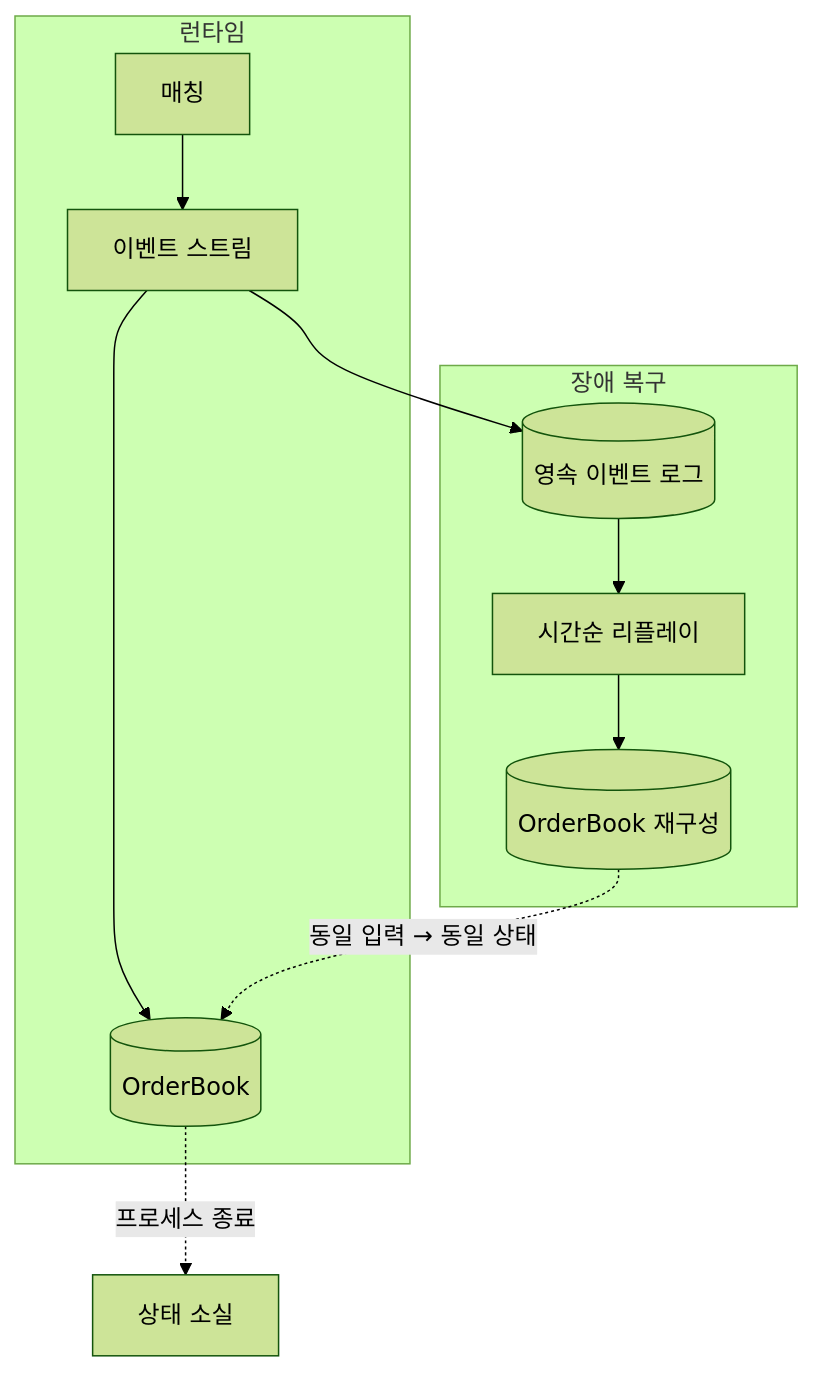
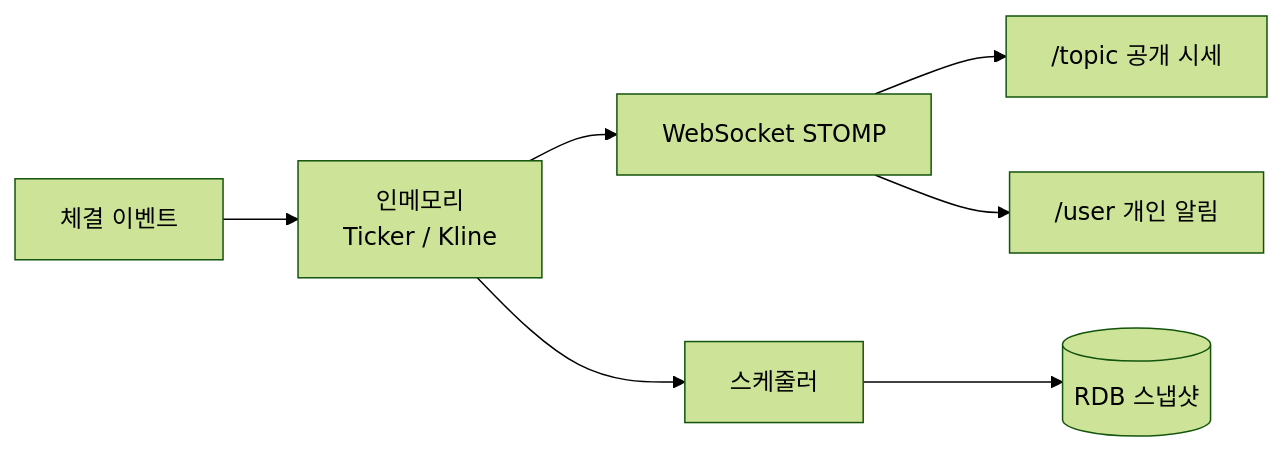
One commit to YBSeok/SnapTrade changed the third of 3 diagrams in README.md. Above: the diagram before and after it, drawn with Mermaid (forest theme). The commit also changed other lines of this file, not shown here.

````diff
--- a/README.md
+++ b/README.md
@@ -109,16 +113,10 @@
 ```mermaid
-flowchart TB
-    subgraph Runtime["런타임"]
-        Match[매칭] --> Events[이벤트 스트림]
-        Events --> Book[(OrderBook)]
-    end
+flowchart LR
+    Trade[체결 이벤트] --> Buf[인메모리<br/>Ticker / Kline]
+    Buf --> WS[WebSocket STOMP]
+    Buf --> Sched[스케줄러]
+    Sched --> DB[(RDB 스냅샷)]
 
-    subgraph Recovery["장애 복구"]
-        Log[(영속 이벤트 로그)] --> Replay[시간순 리플레이]
-        Replay --> Book2[(OrderBook 재구성)]
-    end
-
-    Events --> Log
-    Book -.->|프로세스 종료| X[상태 소실]
-    Book2 -.->|동일 입력 → 동일 상태| Book
+    WS --> Pub["/topic 공개 시세"]
+    WS --> Priv["/user 개인 알림"]
 ```
````
